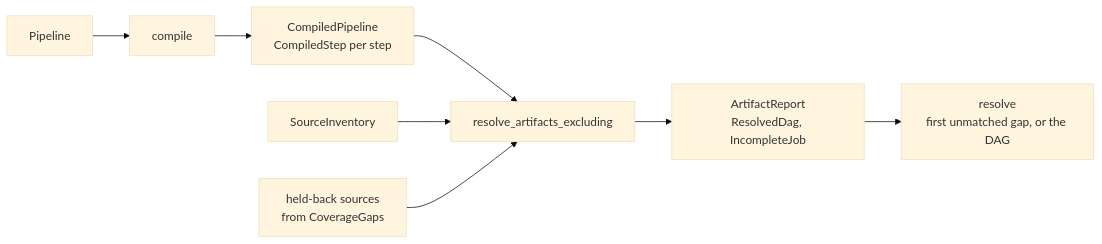
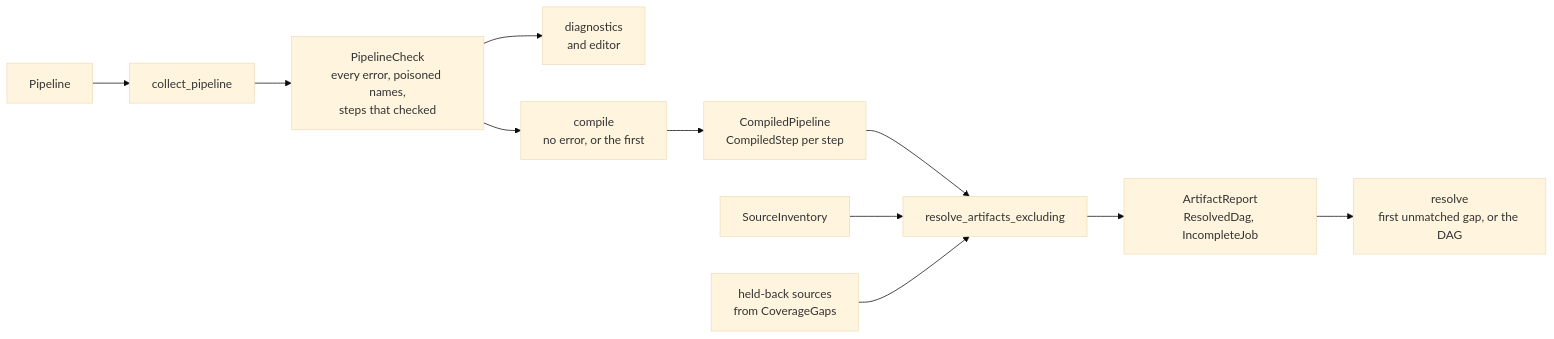
One commit to eclnz/spit changed the diagram in docs/architecture/resolution.md. Above: the diagram before and after it, drawn with Mermaid (base theme). The commit also changed other lines of this file and 8 other files, not shown here.

````diff
--- a/docs/architecture/resolution.md
+++ b/docs/architecture/resolution.md
@@ -5,10 +5,13 @@
 ```mermaid
 flowchart LR
-    pipeline["Pipeline"] --> compile["compile"]
+    pipeline["Pipeline"] --> check["collect_pipeline"]
+    check --> report["PipelineCheck<br/>every error, poisoned names,<br/>steps that checked"]
+    report --> diagnostics["diagnostics<br/>and editor"]
+    report --> compile["compile<br/>no error, or the first"]
     compile --> compiled["CompiledPipeline<br/>CompiledStep per step"]
     compiled --> expand["resolve_artifacts_excluding"]
     inventory["SourceInventory"] --> expand
     held["held-back sources<br/>from CoverageGaps"] --> expand
-    expand --> report["ArtifactReport<br/>ResolvedDag, IncompleteJob"]
-    report --> resolve["resolve<br/>first unmatched gap, or the DAG"]
+    expand --> artifacts["ArtifactReport<br/>ResolvedDag, IncompleteJob"]
+    artifacts --> resolve["resolve<br/>first unmatched gap, or the DAG"]
 ```
````
